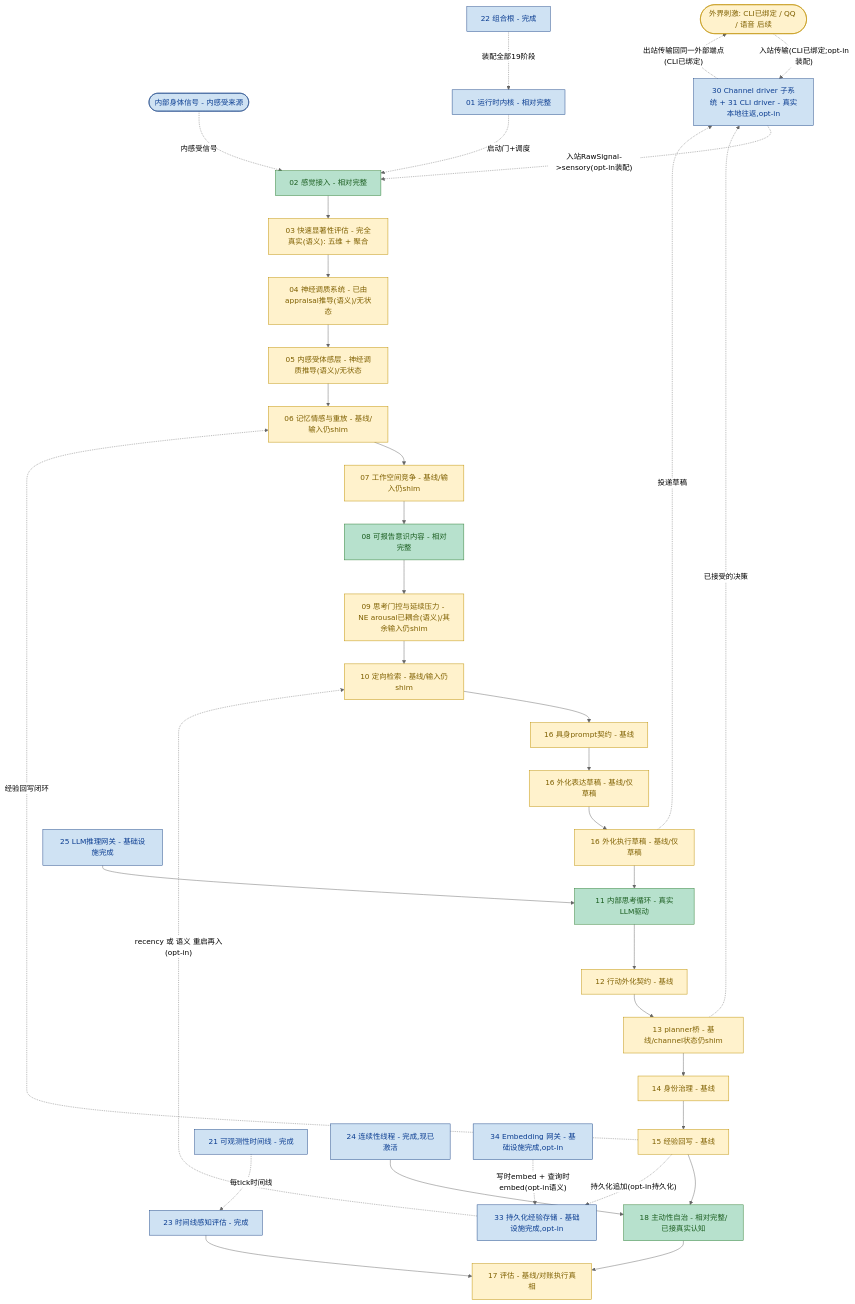
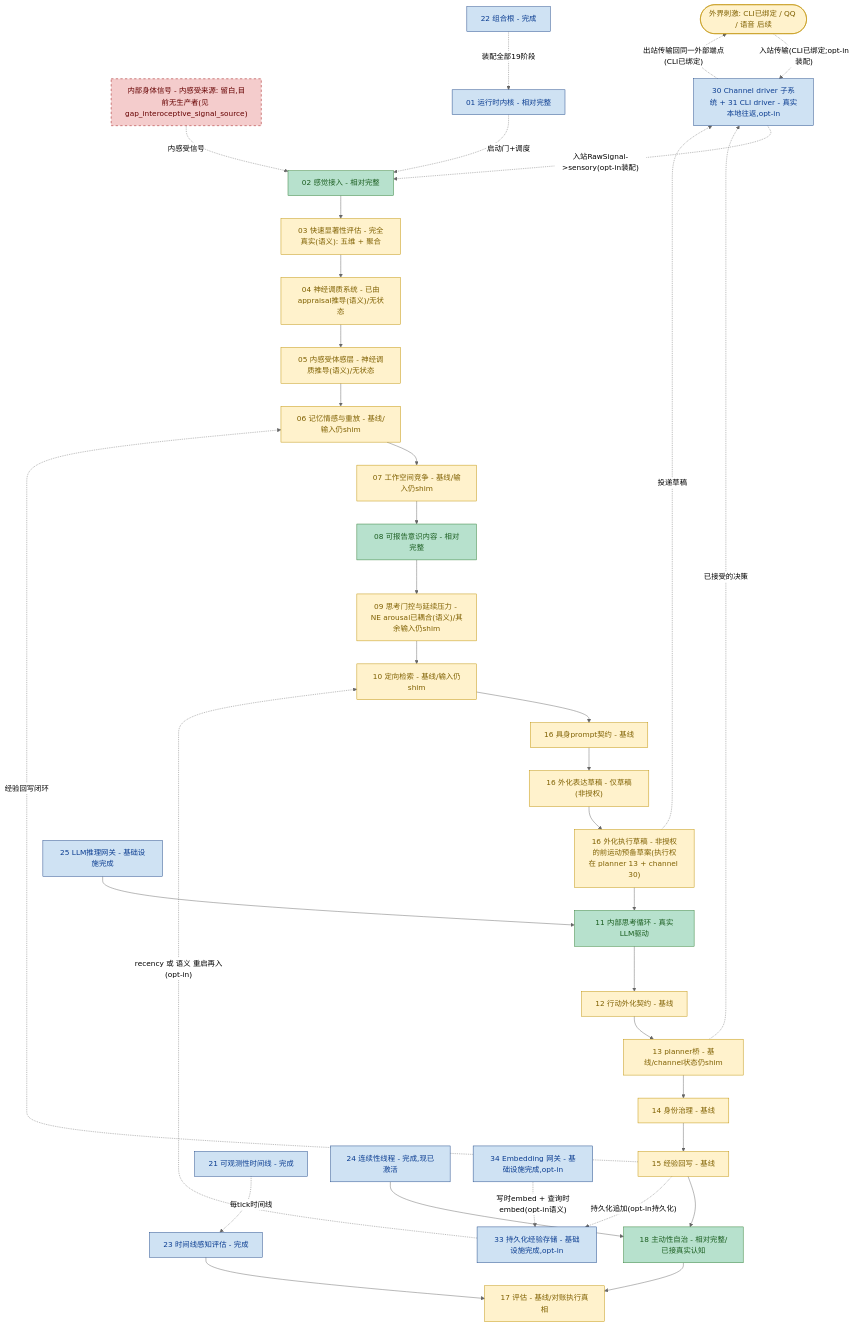
Before and after one commit to embalmer-Y/helios: the diagram in helios_v2/docs/PROGRESS_FLOW.zh-CN.md, drawn with Mermaid (neutral theme). The commit also changed other lines of this file and 4 other files, not shown here.

````diff
--- a/helios_v2/docs/PROGRESS_FLOW.zh-CN.md
+++ b/helios_v2/docs/PROGRESS_FLOW.zh-CN.md
@@ -30,60 +30,60 @@
 ```mermaid
 flowchart TD
     classDef deep fill:#b7e1cd,stroke:#2e7d32,color:#1b5e20
     classDef base fill:#fff2cc,stroke:#bf9000,color:#7f6000
     classDef infra fill:#cfe2f3,stroke:#1c4587,color:#0b3d91
     classDef gap fill:#f4cccc,stroke:#990000,color:#660000,stroke-dasharray: 5 5
 
     EXT([外界刺激: CLI已绑定 / QQ / 语音 后续]):::base
-    BODY([内部身体信号 - 内感受来源]):::infra
+    BODY["内部身体信号 - 内感受来源: 留白,目前无生产者(见 gap_interoceptive_signal_source)"]:::gap
     S02[02 感觉接入 - 相对完整]:::deep
     S03["03 快速显著性评估 - 完全真实(语义): 五维 + 聚合"]:::base
     S04["04 神经调质系统 - 已由appraisal推导(语义)/无状态"]:::base
     S05["05 内感受体感层 - 神经调质推导(语义)/无状态"]:::base
     S06[06 记忆情感与重放 - 基线/输入仍shim]:::base
     S07[07 工作空间竞争 - 基线/输入仍shim]:::base
     S08[08 可报告意识内容 - 相对完整]:::deep
     S09["09 思考门控与延续压力 - NE arousal已耦合(语义)/其余输入仍shim"]:::base
     S10[10 定向检索 - 基线/输入仍shim]:::base
     S16P[16 具身prompt契约 - 基线]:::base
-    S16O[16 外化表达草稿 - 基线/仅草稿]:::base
-    S16E[16 外化执行草稿 - 基线/仅草稿]:::base
+    S16O["16 外化表达草稿 - 仅草稿(非授权)"]:::base
+    S16E["16 外化执行草稿 - 非授权的前运动预备草案(执行权在 planner 13 + channel 30)"]:::base
     S11[11 内部思考循环 - 真实LLM驱动]:::deep
     S12[12 行动外化契约 - 基线]:::base
     S13[13 planner桥 - 基线/channel状态仍shim]:::base
     S14[14 身份治理 - 基线]:::base
     S15[15 经验回写 - 基线]:::base
     S18[18 主动性自治 - 相对完整/已接真实认知]:::deep
     S17[17 评估 - 基线/对账执行真相]:::base
     CH["30 Channel driver 子系统 + 31 CLI driver - 真实本地往返,opt-in"]:::infra
 
     S02 --> S03 --> S04 --> S05 --> S06 --> S07 --> S08 --> S09 --> S10
     S10 --> S16P --> S16O --> S16E --> S11
     S11 --> S12 --> S13 --> S14 --> S15 --> S18 --> S17
     EXT -. 入站传输(CLI已绑定;opt-in装配) .-> CH
     BODY -. 内感受信号 .-> S02
     S13 -. 已接受的决策 .-> CH
     S16E -. 投递草稿 .-> CH
     CH -. 入站RawSignal->sensory(opt-in装配) .-> S02
     CH -. 出站传输回同一外部端点(CLI已绑定) .-> EXT
     S15 -. 经验回写闭环 .-> S06
 
     LLM[25 LLM推理网关 - 基础设施完成]:::infra
     LLM --> S11
 
     K01[01 运行时内核 - 相对完整]:::infra
     OBS[21 可观测性时间线 - 完成]:::infra
     COMP[22 组合根 - 完成]:::infra
     EV23[23 时间线感知评估 - 完成]:::infra
     TH24[24 连续性线程 - 完成,现已激活]:::infra
     PER[33 持久化经验存储 - 基础设施完成,opt-in]:::infra
     EMB[34 Embedding 网关 - 基础设施完成,opt-in]:::infra
     K01 -. 启动门+调度 .-> S02
     OBS -. 每tick时间线 .-> EV23
     EV23 --> S17
     TH24 --> S18
     COMP -. 装配全部19阶段 .-> K01
     S15 -. 持久化追加(opt-in持久化) .-> PER
     PER -. recency 或 语义 重启再入(opt-in) .-> S10
     EMB -. 写时embed + 查询时embed(opt-in语义) .-> PER
 ```
````
